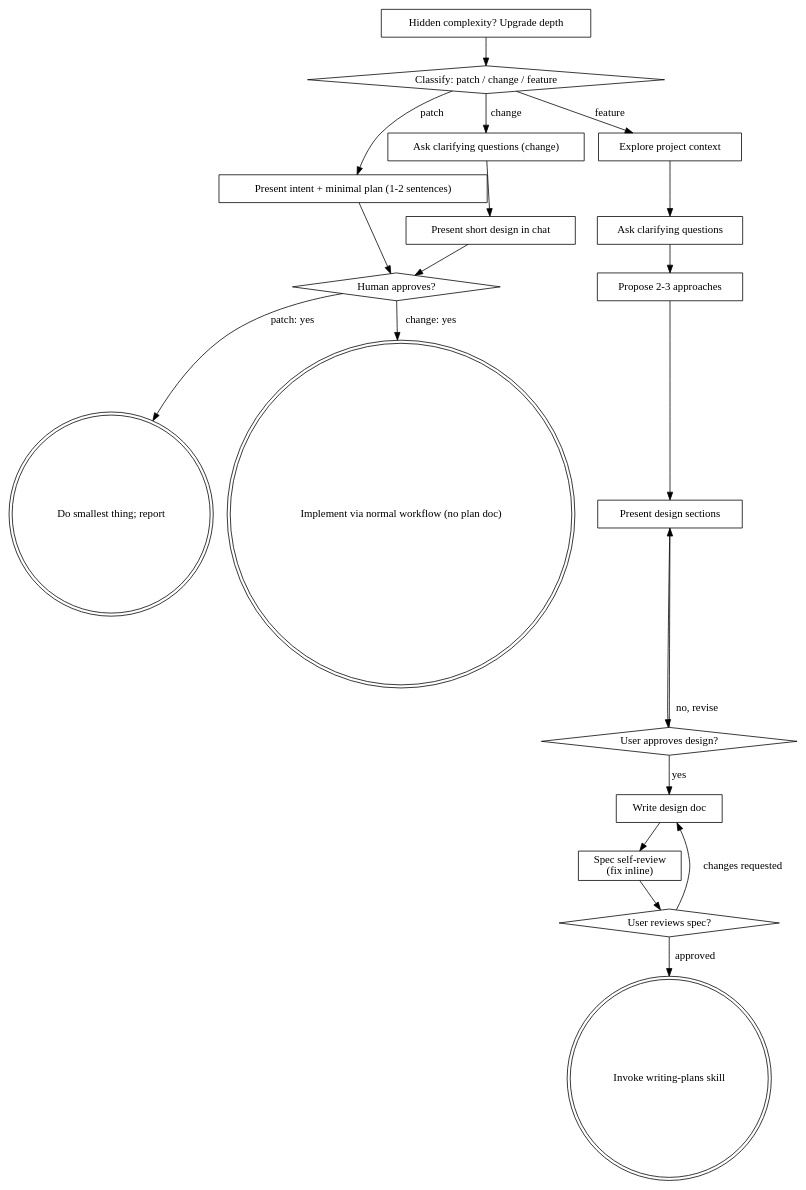
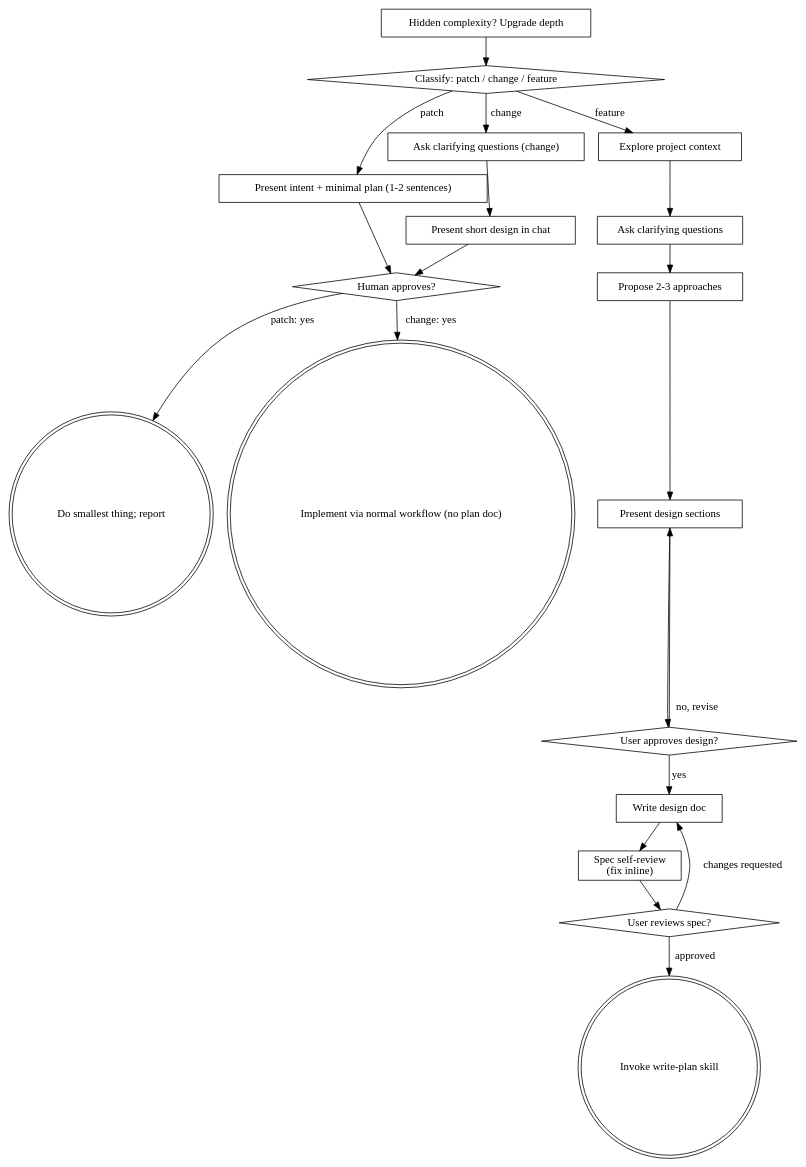
Before and after one commit to zak-keown/moe: the diagram in packages/core/skills/brainstorming/SKILL.md, drawn with Graphviz. The commit also changed other lines of this file and 226 other files, not shown here.

````diff
--- a/packages/core/skills/brainstorming/SKILL.md
+++ b/packages/core/skills/brainstorming/SKILL.md
@@ -132,41 +132,41 @@
 ```dot
 digraph brainstorming {
     "Classify: patch / change / feature" [shape=diamond];
     "Present intent + minimal plan (1-2 sentences)" [shape=box];
     "Ask clarifying questions (change)" [shape=box];
     "Present short design in chat" [shape=box];
     "Human approves?" [shape=diamond];
     "Do smallest thing; report" [shape=doublecircle];
     "Implement via normal workflow (no plan doc)" [shape=doublecircle];
     "Explore project context" [shape=box];
     "Ask clarifying questions" [shape=box];
     "Propose 2-3 approaches" [shape=box];
     "Present design sections" [shape=box];
     "User approves design?" [shape=diamond];
     "Write design doc" [shape=box];
     "Spec self-review\n(fix inline)" [shape=box];
     "User reviews spec?" [shape=diamond];
-    "Invoke writing-plans skill" [shape=doublecircle];
+    "Invoke write-plan skill" [shape=doublecircle];
     "Hidden complexity? Upgrade depth" [shape=box];
 
     "Classify: patch / change / feature" -> "Present intent + minimal plan (1-2 sentences)" [label="patch"];
     "Classify: patch / change / feature" -> "Ask clarifying questions (change)" [label="change"];
     "Classify: patch / change / feature" -> "Explore project context" [label="feature"];
     "Present intent + minimal plan (1-2 sentences)" -> "Human approves?";
     "Ask clarifying questions (change)" -> "Present short design in chat";
     "Present short design in chat" -> "Human approves?";
     "Human approves?" -> "Do smallest thing; report" [label="patch: yes"];
     "Human approves?" -> "Implement via normal workflow (no plan doc)" [label="change: yes"];
     "Hidden complexity? Upgrade depth" -> "Classify: patch / change / feature";
     "Explore project context" -> "Ask clarifying questions";
     "Ask clarifying questions" -> "Propose 2-3 approaches";
     "Propose 2-3 approaches" -> "Present design sections";
     "Present design sections" -> "User approves design?";
     "User approves design?" -> "Present design sections" [label="no, revise"];
     "User approves design?" -> "Write design doc" [label="yes"];
     "Write design doc" -> "Spec self-review\n(fix inline)";
     "Spec self-review\n(fix inline)" -> "User reviews spec?";
     "User reviews spec?" -> "Write design doc" [label="changes requested"];
-    "User reviews spec?" -> "Invoke writing-plans skill" [label="approved"];
+    "User reviews spec?" -> "Invoke write-plan skill" [label="approved"];
 }
 ```
````
